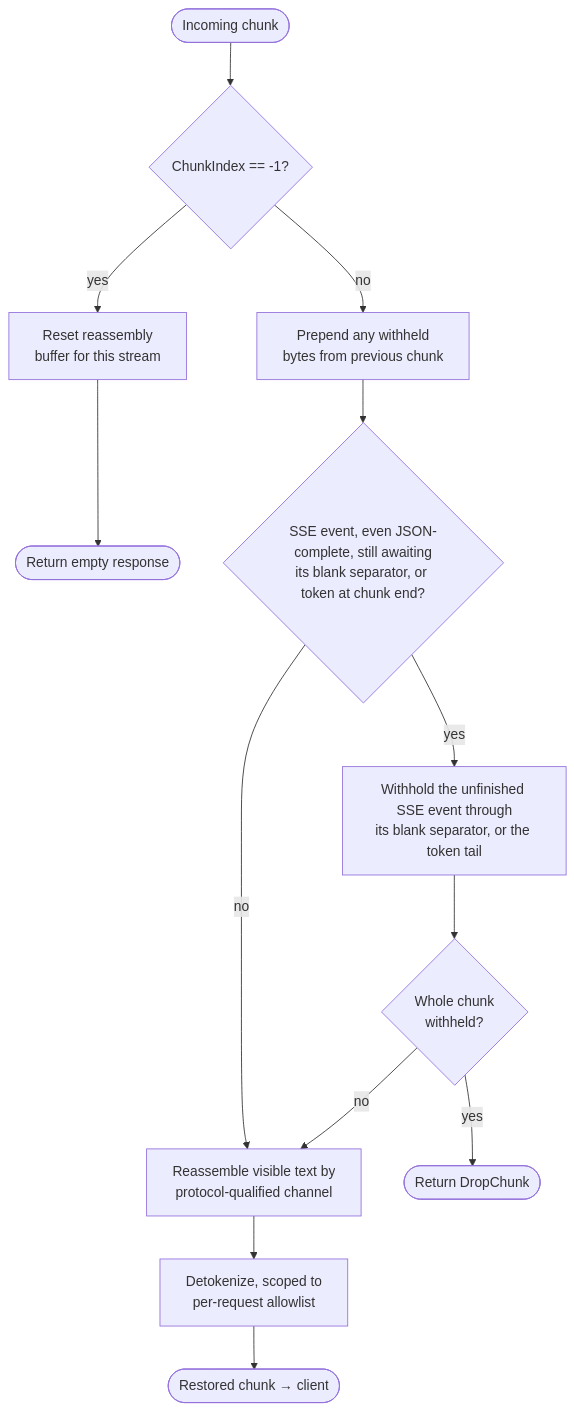
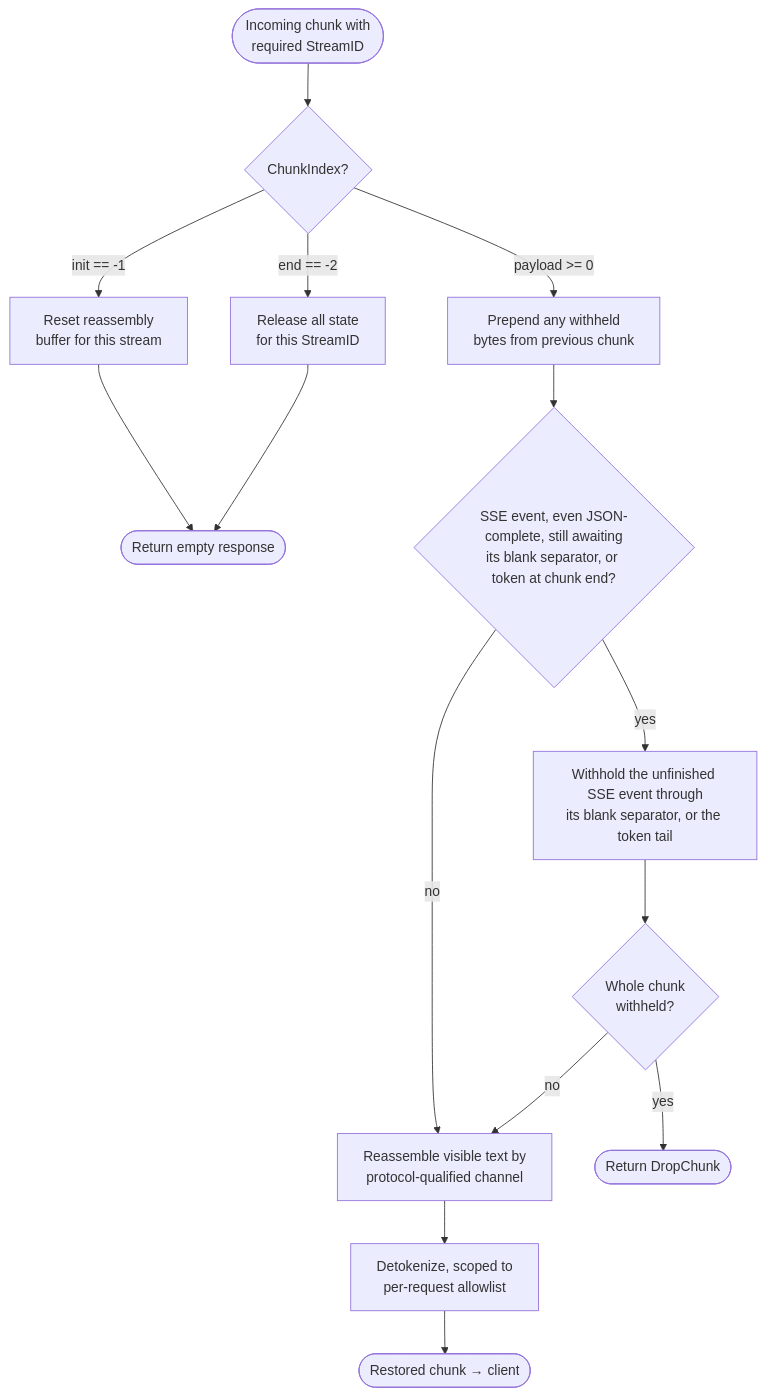
Before and after one commit to jianhongyu136/plugin-privacy-filter: the fourth of 4 diagrams in README.md, drawn with Mermaid. The commit also changed other lines of this file and 8 other files, not shown here.

Commit message:
feat: 适配 schema 4 有状态流会话

````diff
--- a/README.md
+++ b/README.md
@@ -130,15 +130,17 @@
 ```mermaid
 flowchart TB
-    chunk([Incoming chunk]) --> init{ChunkIndex == -1?}
-    init -->|yes| reset[Reset reassembly<br/>buffer for this stream]
+    chunk([Incoming chunk with<br/>required StreamID]) --> init{ChunkIndex?}
+    init -->|init == -1| reset[Reset reassembly<br/>buffer for this stream]
     reset --> done([Return empty response])
-    init -->|no| prepend[Prepend any withheld<br/>bytes from previous chunk]
+    init -->|payload >= 0| prepend[Prepend any withheld<br/>bytes from previous chunk]
+    init -->|end == -2| release[Release all state<br/>for this StreamID]
+    release --> done
     prepend --> split{SSE event, even JSON-complete, still awaiting<br/>its blank separator, or token at chunk end?}
     split -->|yes| hold[Withhold the unfinished SSE event through<br/>its blank separator, or the token tail]
     split -->|no| semantic[Reassemble visible text by<br/>protocol-qualified channel]
     hold --> whole{Whole chunk<br/>withheld?}
     whole -->|yes| drop([Return DropChunk])
     whole -->|no| semantic
     semantic --> detok[Detokenize, scoped to<br/>per-request allowlist]
     detok --> emit([Restored chunk → client])
 ```
````
